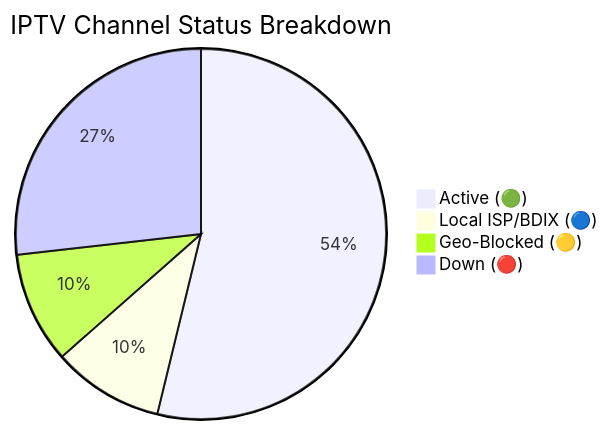
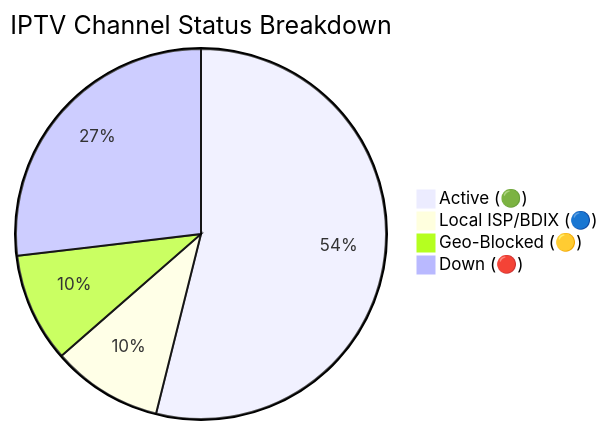
One commit to Zaman-Topu/Ip-tv-Collection changed the diagram in README.md. Above: the diagram before and after it, drawn with Mermaid. The commit also changed other lines of this file and 6 other files, not shown here.

````diff
--- a/README.md
+++ b/README.md
@@ -149,7 +149,7 @@
 ```mermaid
 pie title IPTV Channel Status Breakdown
-    "Active (🟢)" : 9248
-    "Local ISP/BDIX (🔵)" : 1668
-    "Geo-Blocked (🟡)" : 1669
+    "Active (🟢)" : 9237
+    "Local ISP/BDIX (🔵)" : 1657
+    "Geo-Blocked (🟡)" : 1635
     "Down (🔴)" : 4607
 ```
````
